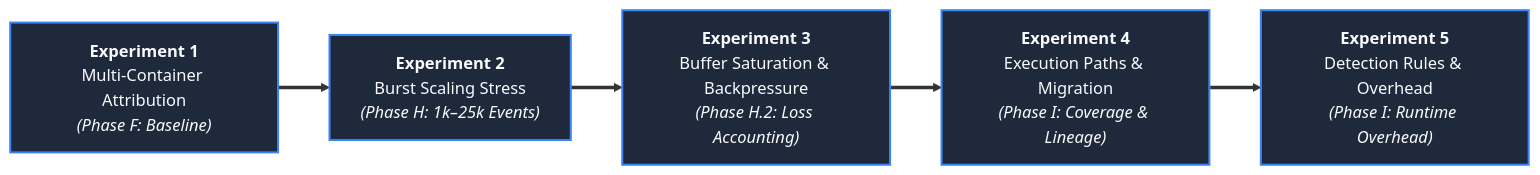
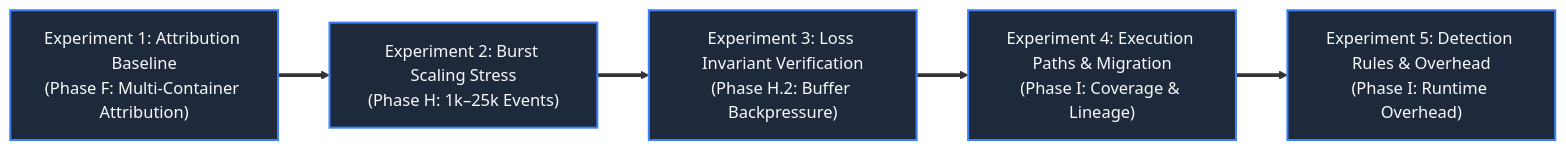
Before and after one commit to ramKarthik57/containerguard: the diagram in EXPERIMENTS.md, drawn with Mermaid. The commit also changed 4 other files, not shown here.

First line of the commit message:
docs(diagrams): rectify all visual collisions, squishing, and viewer widget obstructions

````diff
--- a/EXPERIMENTS.md
+++ b/EXPERIMENTS.md
@@ -26,16 +26,16 @@
 ```mermaid
 flowchart LR
-    E1["<strong>Experiment 1</strong><br/>Multi-Container Attribution<br/><em>(Phase F: Baseline)</em>"]
-    E2["<strong>Experiment 2</strong><br/>Burst Scaling Stress<br/><em>(Phase H: 1k–25k Events)</em>"]
-    E3["<strong>Experiment 3</strong><br/>Buffer Saturation & Backpressure<br/><em>(Phase H.2: Loss Accounting)</em>"]
-    E4["<strong>Experiment 4</strong><br/>Execution Paths & Migration<br/><em>(Phase I: Coverage & Lineage)</em>"]
-    E5["<strong>Experiment 5</strong><br/>Detection Rules & Overhead<br/><em>(Phase I: Runtime Overhead)</em>"]
+    E1["Experiment 1: Attribution Baseline<br/>(Phase F: Multi-Container Attribution)"]
+    E2["Experiment 2: Burst Scaling Stress<br/>(Phase H: 1k–25k Events)"]
+    E3["Experiment 3: Loss Invariant Verification<br/>(Phase H.2: Buffer Backpressure)"]
+    E4["Experiment 4: Execution Paths & Migration<br/>(Phase I: Coverage & Lineage)"]
+    E5["Experiment 5: Detection Rules & Overhead<br/>(Phase I: Runtime Overhead)"]
 
     E1 ==> E2
     E2 ==> E3
     E3 ==> E4
     E4 ==> E5
 
     classDef exp fill:#1e293b,stroke:#3b82f6,stroke-width:2px,color:#f8fafc;
     class E1,E2,E3,E4,E5 exp;
 ```
````
